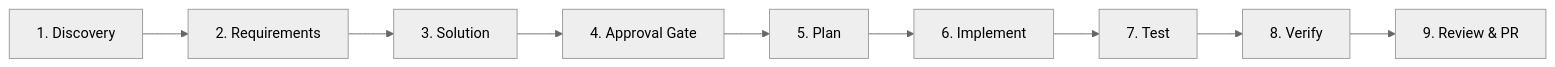
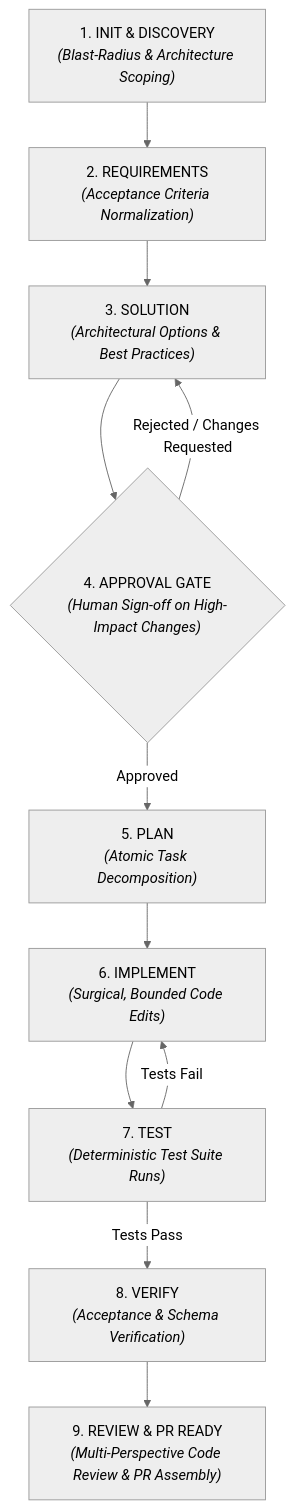
One commit to paarthivnaik/DevWeave changed the second of 2 diagrams in docs/getting-started.md. Above: the diagram before and after it, drawn with Mermaid (neutral theme). The commit also changed other lines of this file, not shown here.

````diff
--- a/docs/getting-started.md
+++ b/docs/getting-started.md
@@ -116,11 +68,13 @@
 ```mermaid
-flowchart LR
-    P1["1. Discovery"] --> P2["2. Requirements"]
-    P2 --> P3["3. Solution"]
-    P3 --> P4["4. Approval Gate"]
-    P4 --> P5["5. Plan"]
-    P5 --> P6["6. Implement"]
-    P6 --> P7["7. Test"]
-    P7 --> P8["8. Verify"]
-    P8 --> P9["9. Review & PR"]
+flowchart TD
+    P1["1. INIT & DISCOVERY<br><i>(Blast-Radius & Architecture Scoping)</i>"] --> P2["2. REQUIREMENTS<br><i>(Acceptance Criteria Normalization)</i>"]
+    P2 --> P3["3. SOLUTION<br><i>(Architectural Options & Best Practices)</i>"]
+    P3 --> P4{"4. APPROVAL GATE<br><i>(Human Sign-off on High-Impact Changes)</i>"}
+    P4 -- Approved --> P5["5. PLAN<br><i>(Atomic Task Decomposition)</i>"]
+    P4 -- Rejected / Changes Requested --> P3
+    P5 --> P6["6. IMPLEMENT<br><i>(Surgical, Bounded Code Edits)</i>"]
+    P6 --> P7["7. TEST<br><i>(Deterministic Test Suite Runs)</i>"]
+    P7 -- Tests Pass --> P8["8. VERIFY<br><i>(Acceptance & Schema Verification)</i>"]
+    P7 -- Tests Fail --> P6
+    P8 --> P9["9. REVIEW & PR READY<br><i>(Multi-Perspective Code Review & PR Assembly)</i>"]
 ```
````
